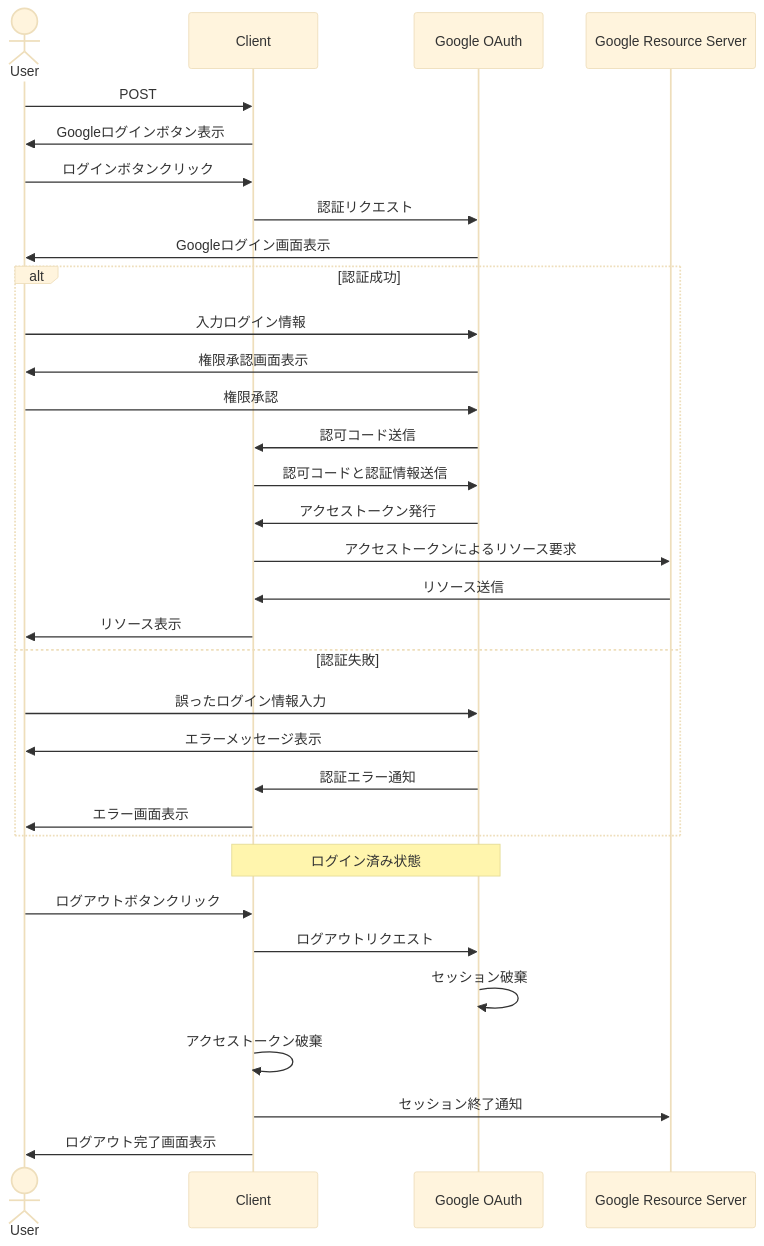
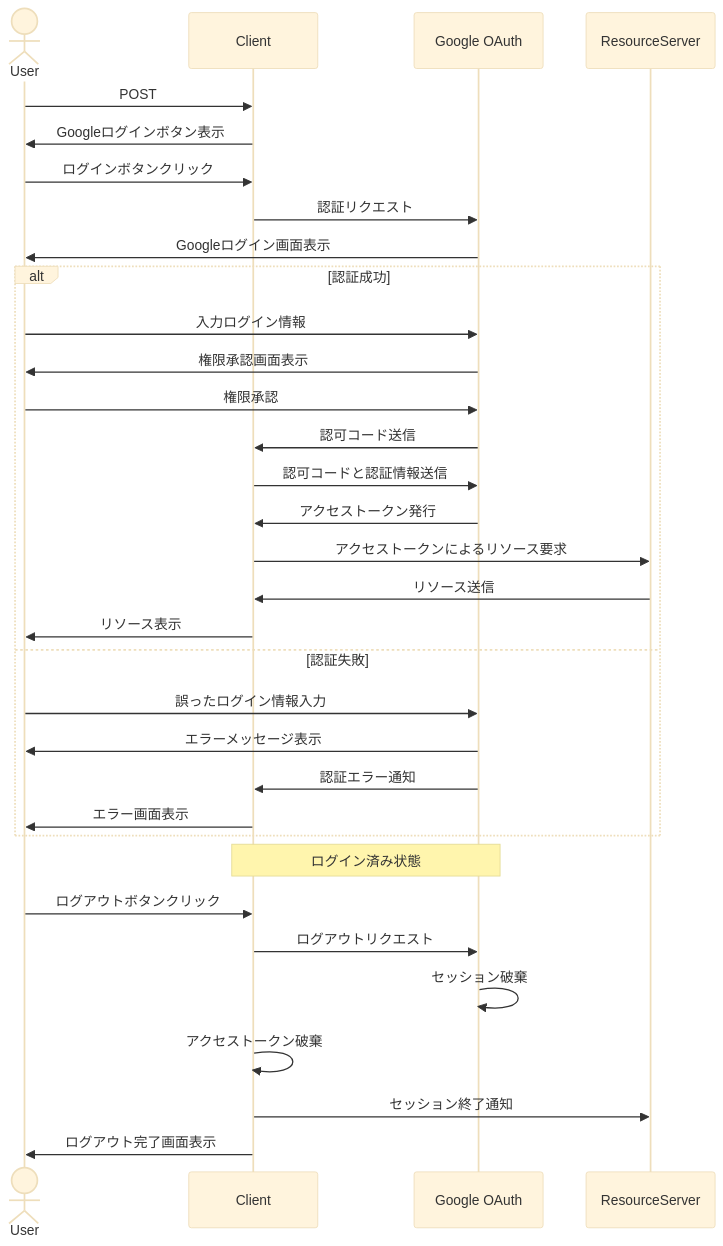
The diagram in mermaid/oauth.md (umanari145/uml), drawn with Mermaid (base theme) before and after one commit.

````diff
--- a/mermaid/oauth.md
+++ b/mermaid/oauth.md
@@ -1,39 +1,39 @@
 ```mermaid
 sequenceDiagram
     actor User
     participant Client
     participant OAuth as Google OAuth
-    participant ResourceServer as Google Resource Server
+    participant ResourceServer
 
     User->>Client: POST
     Client->>User: Googleログインボタン表示
     User->>Client: ログインボタンクリック
     Client->>OAuth: 認証リクエスト
     OAuth->>User: Googleログイン画面表示
     
     alt 認証成功
         User->>OAuth: 入力ログイン情報
         OAuth->>User: 権限承認画面表示
         User->>OAuth: 権限承認
         OAuth->>Client: 認可コード送信
         Client->>OAuth: 認可コードと認証情報送信
         OAuth->>Client: アクセストークン発行
         Client->>ResourceServer: アクセストークンによるリソース要求
         ResourceServer->>Client: リソース送信
         Client->>User: リソース表示
     else 認証失敗
         User->>OAuth: 誤ったログイン情報入力
         OAuth->>User: エラーメッセージ表示
         OAuth->>Client: 認証エラー通知
         Client->>User: エラー画面表示
     end
 
     Note over Client,OAuth: ログイン済み状態
         User->>Client: ログアウトボタンクリック
         Client->>OAuth: ログアウトリクエスト
         OAuth->>OAuth: セッション破棄
         Client->>Client: アクセストークン破棄
         Client->>ResourceServer: セッション終了通知
         Client->>User: ログアウト完了画面表示
 
 ```
````
